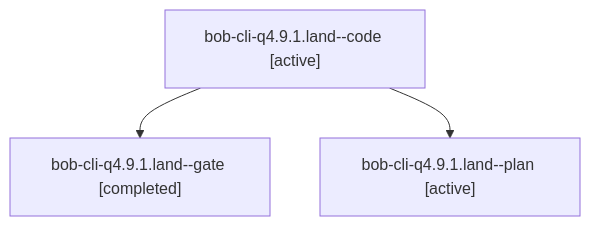
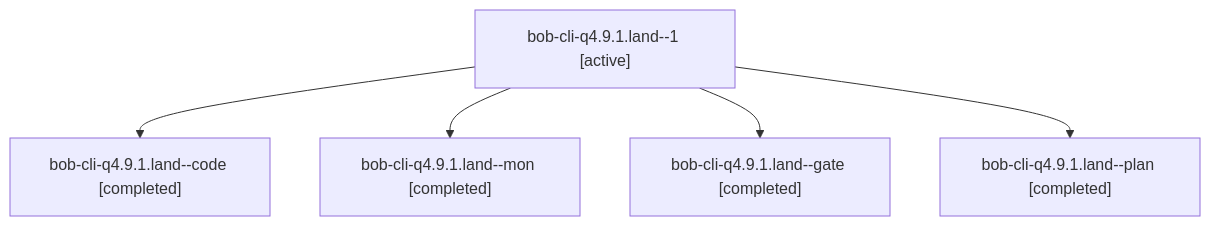
Before and after one commit to bobs-org/bob-cli--agents: the diagram in sessions/bbugyi200.athena.bob-cli-q4.9.1.land.md, drawn with Mermaid. The commit also changed other lines of this file and 196 other files, not shown here.

````diff
--- a/sessions/bbugyi200.athena.bob-cli-q4.9.1.land.md
+++ b/sessions/bbugyi200.athena.bob-cli-q4.9.1.land.md
@@ -9,8 +9,12 @@
 ```mermaid
 flowchart TD
-  n0["bob-cli-q4.9.1.land--code [active]"]
-  n1["bob-cli-q4.9.1.land--gate [completed]"]
+  n0["bob-cli-q4.9.1.land--1 [active]"]
+  n1["bob-cli-q4.9.1.land--code [completed]"]
   n0 --> n1
-  n2["bob-cli-q4.9.1.land--plan [active]"]
+  n2["bob-cli-q4.9.1.land--mon [completed]"]
   n0 --> n2
+  n3["bob-cli-q4.9.1.land--gate [completed]"]
+  n0 --> n3
+  n4["bob-cli-q4.9.1.land--plan [completed]"]
+  n0 --> n4
 ```
````
